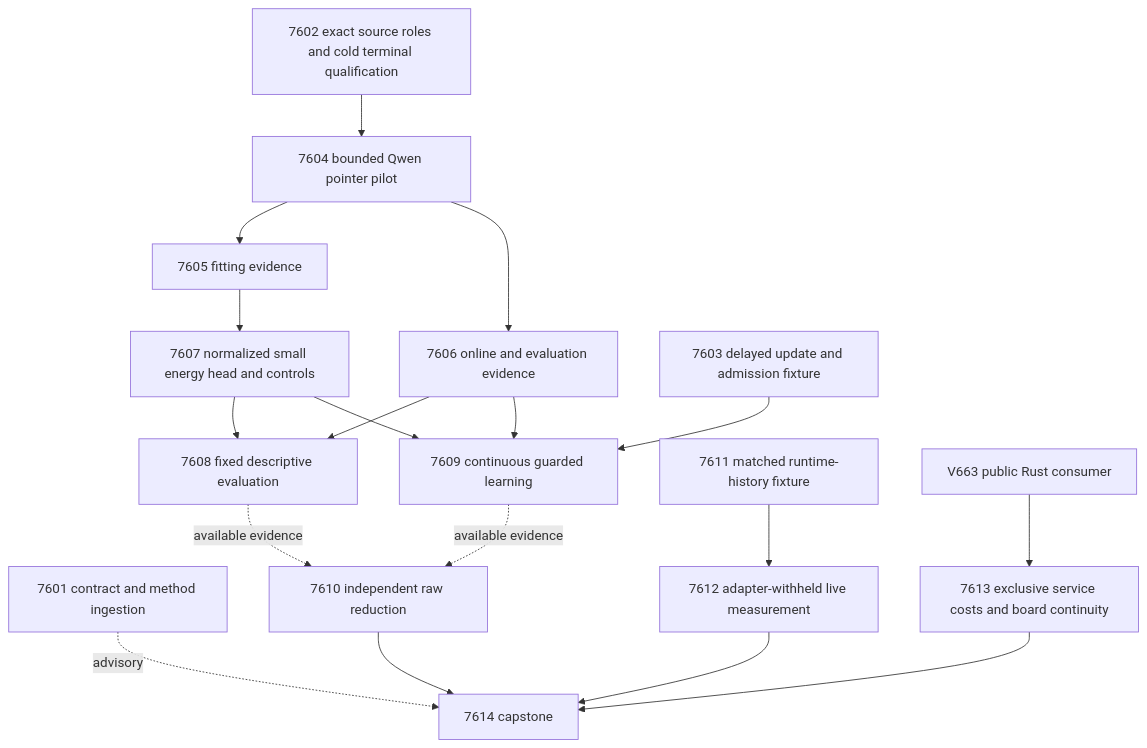
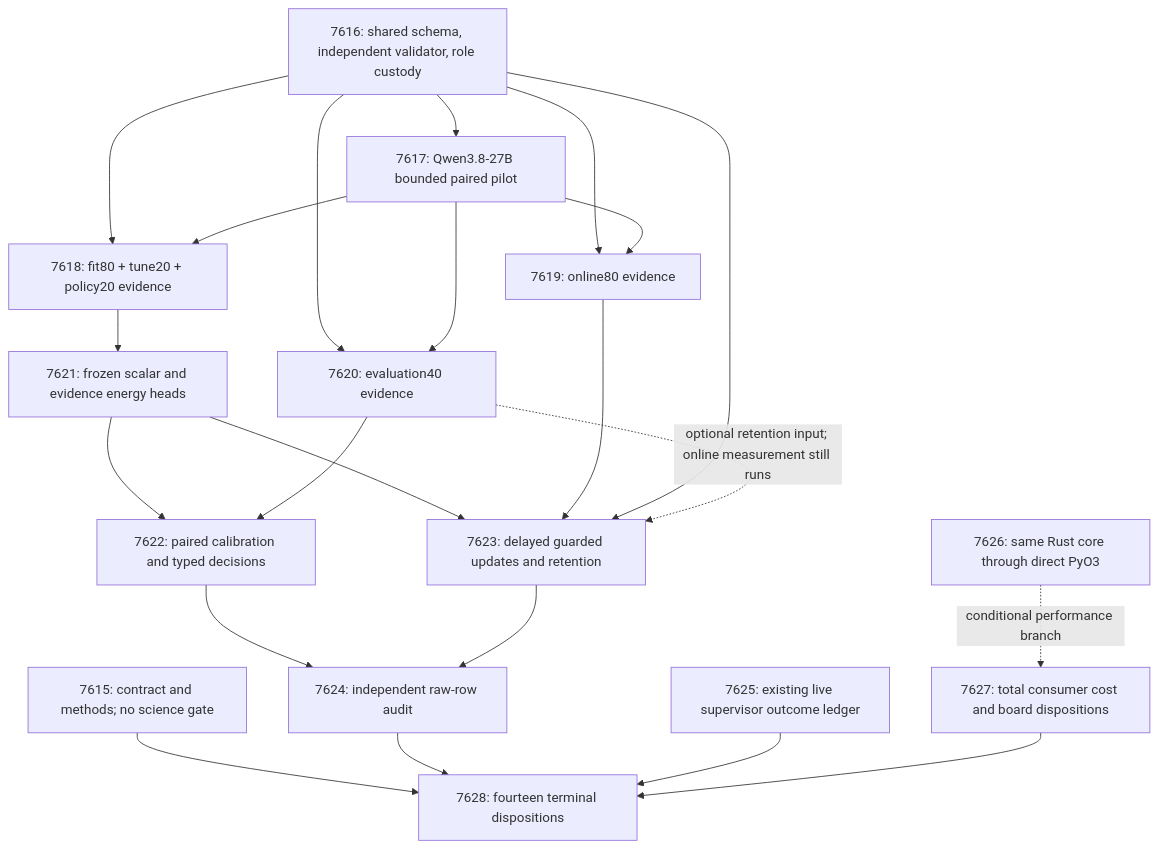
Before and after one commit to Carnot-EBM/carnot-ebm: the diagram in openspec/change-proposals/research-roadmap-vNEXT.md, drawn with Mermaid. The commit also changed other lines of this file and 15 other files, not shown here.

````diff
--- a/openspec/change-proposals/research-roadmap-vNEXT.md
+++ b/openspec/change-proposals/research-roadmap-vNEXT.md
@@ -88,20 +88,38 @@
 ```mermaid
 flowchart TD
-    R[7601 contract and method ingestion] -. advisory .-> Z[7614 capstone]
-    P[7602 exact source roles and cold terminal qualification] --> Q[7604 bounded Qwen pointer pilot]
-    Q --> F[7605 fitting evidence]
-    Q --> T[7606 online and evaluation evidence]
-    F --> H[7607 normalized small energy head and controls]
-    H --> E[7608 fixed descriptive evaluation]
-    T --> E
-    U[7603 delayed update and admission fixture] --> L[7609 continuous guarded learning]
+    C[7615: contract and methods; no science gate]
+    S[7616: shared schema, independent validator, role custody]
+    Q[7617: Qwen3.8-27B bounded paired pilot]
+    F[7618: fit80 + tune20 + policy20 evidence]
+    O[7619: online80 evidence]
+    E[7620: evaluation40 evidence]
+    H[7621: frozen scalar and evidence energy heads]
+    D[7622: paired calibration and typed decisions]
+    L[7623: delayed guarded updates and retention]
+    A[7624: independent raw-row audit]
+    R[7625: existing live supervisor outcome ledger]
+    N[7626: same Rust core through direct PyO3]
+    B[7627: total consumer cost and board dispositions]
+    Z[7628: fourteen terminal dispositions]
+    S --> Q
+    S --> F
+    S --> O
+    S --> E
+    Q --> F
+    Q --> O
+    Q --> E
+    F --> H
+    H --> D
+    E --> D
     H --> L
-    T --> L
-    E -. available evidence .-> A[7610 independent raw reduction]
-    L -. available evidence .-> A
-    X[7611 matched runtime-history fixture] --> Y[7612 adapter-withheld live measurement]
-    S[V663 public Rust consumer] --> D[7613 exclusive service costs and board continuity]
+    O --> L
+    S --> L
+    E -. optional retention input; online measurement still runs .-> L
+    D --> A
+    L --> A
+    N -. conditional performance branch .-> B
+    C --> Z
     A --> Z
-    Y --> Z
-    D --> Z
+    R --> Z
+    B --> Z
 ```
````
